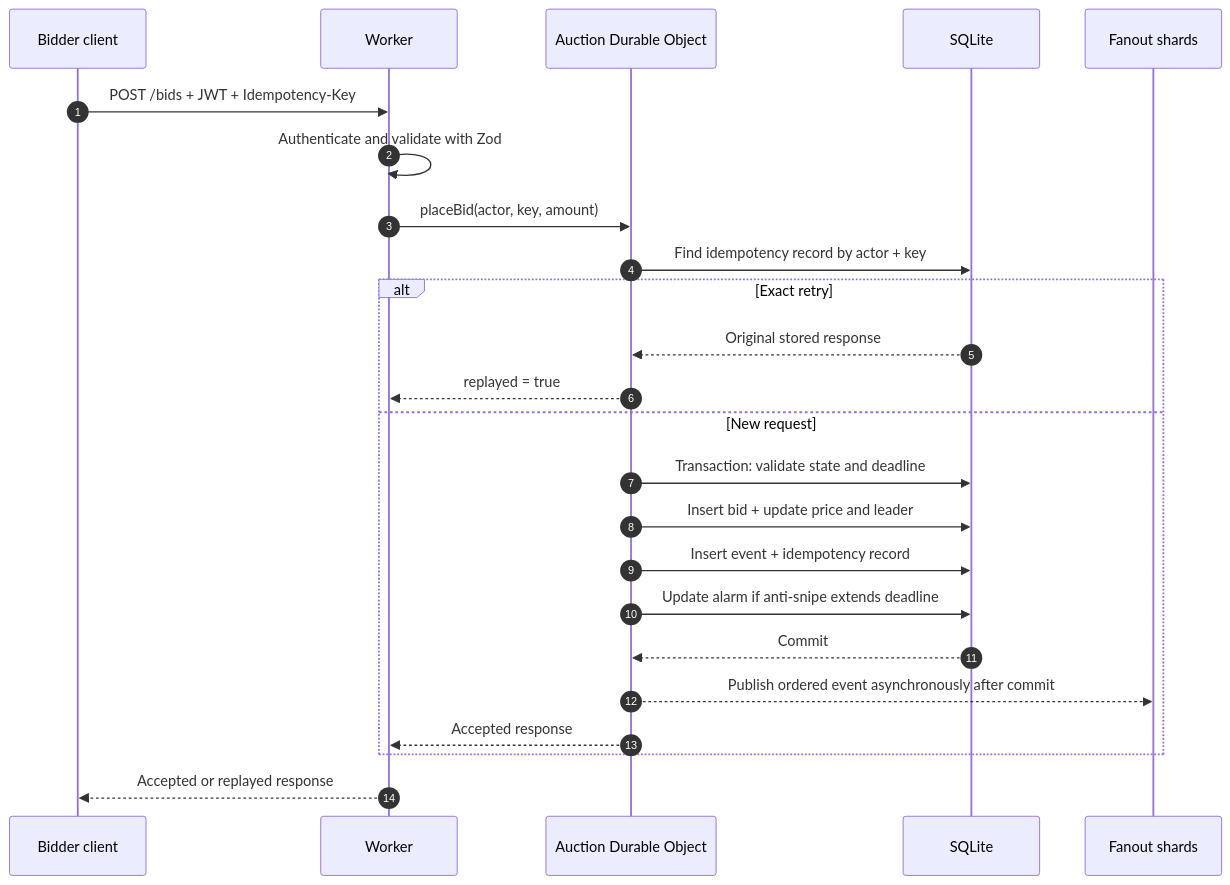
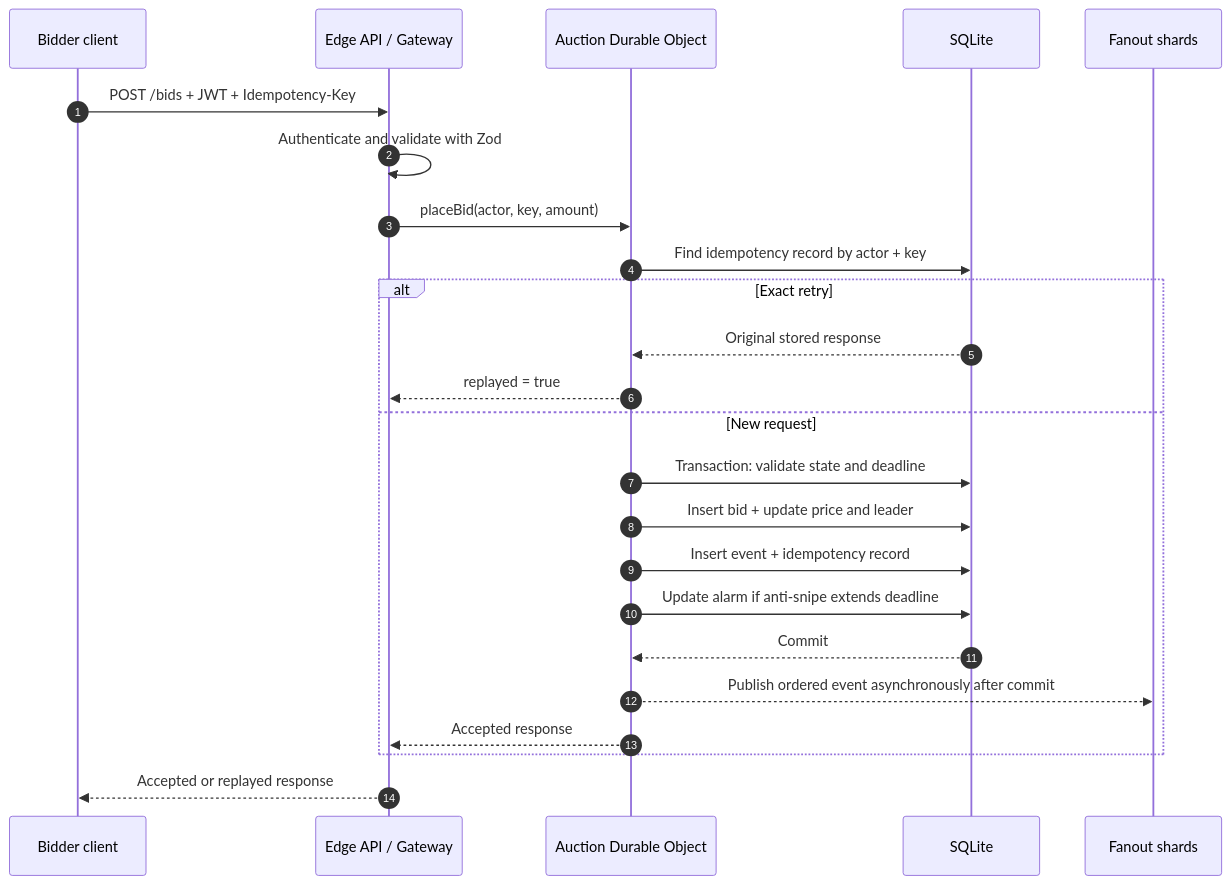
The tenth of 12 diagrams in SYSTEM_DESIGN.md (aranlucas/live-auction), drawn with Mermaid before and after one commit. The commit also changed other lines of this file, not shown here.

Commit message:
docs: label the edge API gateway boundary

````diff
--- a/SYSTEM_DESIGN.md
+++ b/SYSTEM_DESIGN.md
@@ -626,27 +658,27 @@
 ```mermaid
 sequenceDiagram
     autonumber
     participant C as Bidder client
-    participant W as Worker
+    participant W as Edge API / Gateway
     participant A as Auction Durable Object
     participant DB as SQLite
     participant F as Fanout shards
 
     C->>W: POST /bids + JWT + Idempotency-Key
     W->>W: Authenticate and validate with Zod
     W->>A: placeBid(actor, key, amount)
     A->>DB: Find idempotency record by actor + key
     alt Exact retry
         DB-->>A: Original stored response
         A-->>W: replayed = true
     else New request
         A->>DB: Transaction: validate state and deadline
         A->>DB: Insert bid + update price and leader
         A->>DB: Insert event + idempotency record
         A->>DB: Update alarm if anti-snipe extends deadline
         DB-->>A: Commit
         A-->>F: Publish ordered event asynchronously after commit
         A-->>W: Accepted response
     end
     W-->>C: Accepted or replayed response
 ```
````
